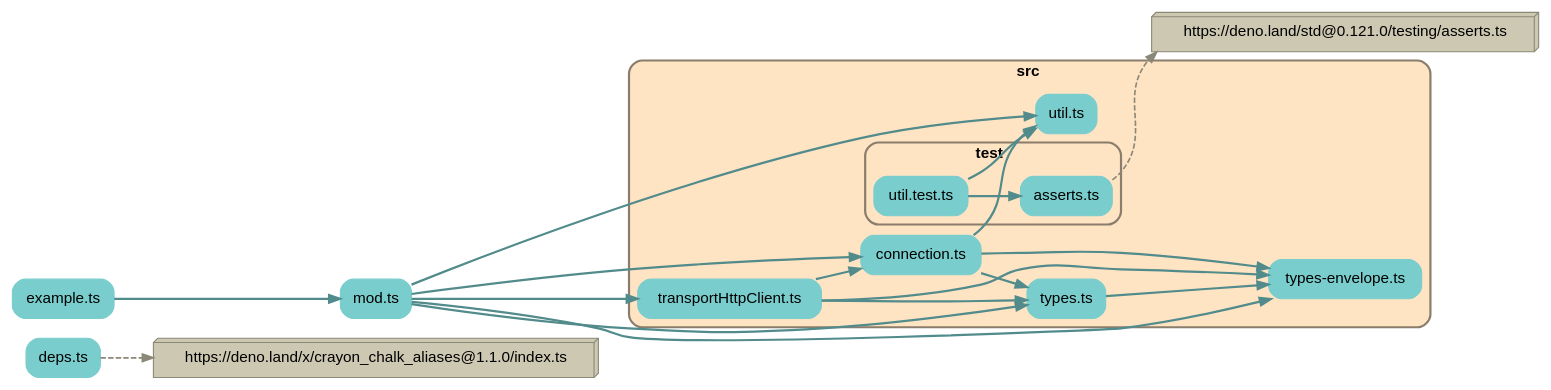
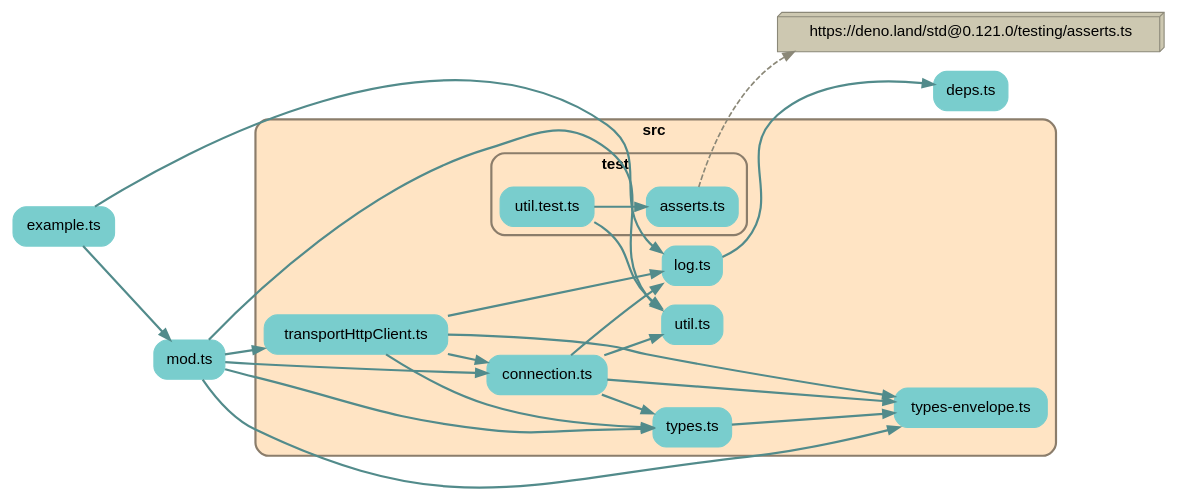
Before and after one commit to earthstar-project/earthstar-streaming-rpc: the diagram in depchart/depchart-full.dot, drawn with Graphviz. The commit also changed 5 other files, not shown here.

```diff
--- a/depchart/depchart-full.dot
+++ b/depchart/depchart-full.dot
@@ -1,68 +1,71 @@
 
 digraph G {
     //splines=line;
     //splines=polyline;
     splines=true;
     rankdir=LR;
     //newrank=true;
     compound=true;
     graph [fontname = "helvetica"];  // dpi=72
     node [fontname = "helvetica"];
     edge [fontname = "helvetica"];
     
     // files in their folder clusters
         "deps.ts" [label="deps.ts", shape=rectangle; style="rounded,filled"; color=darkslategray3];
         "example.ts" [label="example.ts", shape=rectangle; style="rounded,filled"; color=darkslategray3];
         "mod.ts" [label="mod.ts", shape=rectangle; style="rounded,filled"; color=darkslategray3];
 
-        subgraph cluster9990352566 {
+        subgraph cluster5260739295 {
             label=<<b>src</b>>;
             style="rounded,filled";
             fillcolor=bisque;
             color=bisque4;
             penwidth=2;
                     
             "src/connection.ts" [label="connection.ts", shape=rectangle; style="rounded,filled"; color=darkslategray3];
+            "src/log.ts" [label="log.ts", shape=rectangle; style="rounded,filled"; color=darkslategray3];
             "src/transportHttpClient.ts" [label="transportHttpClient.ts", shape=rectangle; style="rounded,filled"; color=darkslategray3];
             "src/types-envelope.ts" [label="types-envelope.ts", shape=rectangle; style="rounded,filled"; color=darkslategray3];
             "src/types.ts" [label="types.ts", shape=rectangle; style="rounded,filled"; color=darkslategray3];
             "src/util.ts" [label="util.ts", shape=rectangle; style="rounded,filled"; color=darkslategray3];
     
-            subgraph cluster1270671271 {
+            subgraph cluster8468707883 {
                 label=<<b>test</b>>;
                 style="rounded,filled";
                 fillcolor=bisque;
                 color=bisque4;
                 penwidth=2;
                         
                 "src/test/asserts.ts" [label="asserts.ts", shape=rectangle; style="rounded,filled"; color=darkslategray3];
                 "src/test/util.test.ts" [label="util.test.ts", shape=rectangle; style="rounded,filled"; color=darkslategray3];
             }
         }
 
     // packages not in their own cluster
-        "https://deno.land/x/crayon_chalk_aliases@1.1.0/index.ts" [shape=box3d, style=filled, fillcolor=cornsilk3, color=cornsilk4];
         "https://deno.land/std@0.121.0/testing/asserts.ts" [shape=box3d, style=filled, fillcolor=cornsilk3, color=cornsilk4];
 
     // edges between files
     "example.ts" -> "mod.ts" [penwidth=2; color=darkslategray4];
+    "example.ts" -> "src/log.ts" [penwidth=2; color=darkslategray4];
     "mod.ts" -> "src/types-envelope.ts" [penwidth=2; color=darkslategray4];
     "mod.ts" -> "src/types.ts" [penwidth=2; color=darkslategray4];
     "mod.ts" -> "src/util.ts" [penwidth=2; color=darkslategray4];
     "mod.ts" -> "src/transportHttpClient.ts" [penwidth=2; color=darkslategray4];
     "mod.ts" -> "src/connection.ts" [penwidth=2; color=darkslategray4];
     "src/connection.ts" -> "src/types.ts" [penwidth=2; color=darkslategray4];
     "src/connection.ts" -> "src/types-envelope.ts" [penwidth=2; color=darkslategray4];
     "src/connection.ts" -> "src/util.ts" [penwidth=2; color=darkslategray4];
+    "src/connection.ts" -> "src/log.ts" [penwidth=2; color=darkslategray4];
+    "src/log.ts" -> "deps.ts" [penwidth=2; color=darkslategray4];
     "src/test/util.test.ts" -> "src/test/asserts.ts" [penwidth=2; color=darkslategray4];
     "src/test/util.test.ts" -> "src/util.ts" [penwidth=2; color=darkslategray4];
     "src/transportHttpClient.ts" -> "src/types.ts" [penwidth=2; color=darkslategray4];
     "src/transportHttpClient.ts" -> "src/types-envelope.ts" [penwidth=2; color=darkslategray4];
     "src/transportHttpClient.ts" -> "src/connection.ts" [penwidth=2; color=darkslategray4];
+    "src/transportHttpClient.ts" -> "src/log.ts" [penwidth=2; color=darkslategray4];
     "src/types.ts" -> "src/types-envelope.ts" [penwidth=2; color=darkslategray4];
 
     // edges from files to packages
-    "deps.ts" -> "https://deno.land/x/crayon_chalk_aliases@1.1.0/index.ts" [penwidth=1.5; style=dashed, color=cornsilk4, weight=1];
     "src/test/asserts.ts" -> "https://deno.land/std@0.121.0/testing/asserts.ts" [penwidth=1.5; style=dashed, color=cornsilk4, weight=1];
 
 }
```
